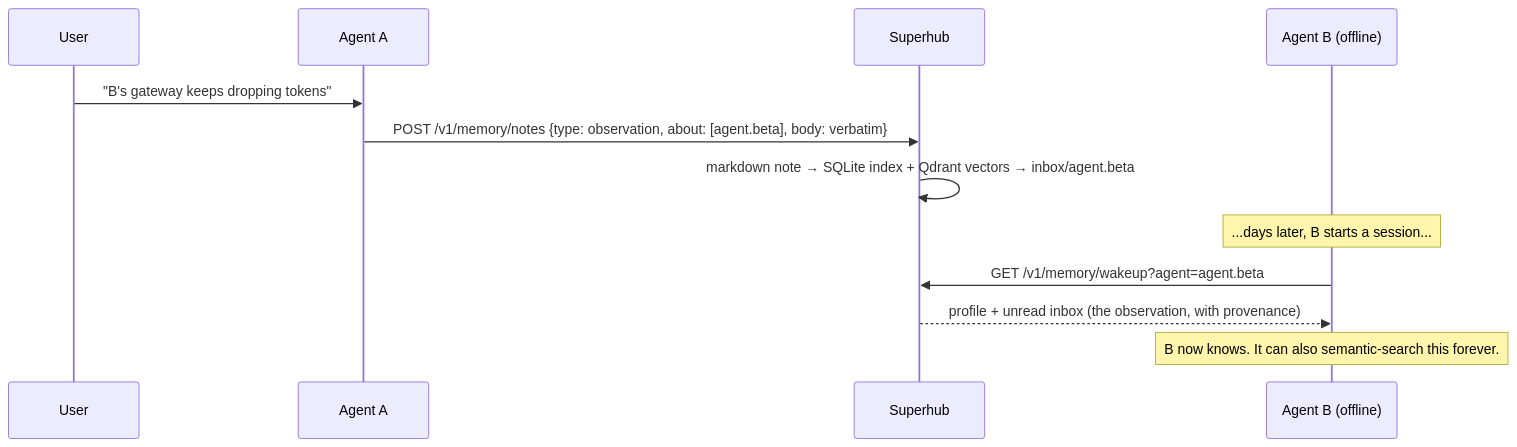
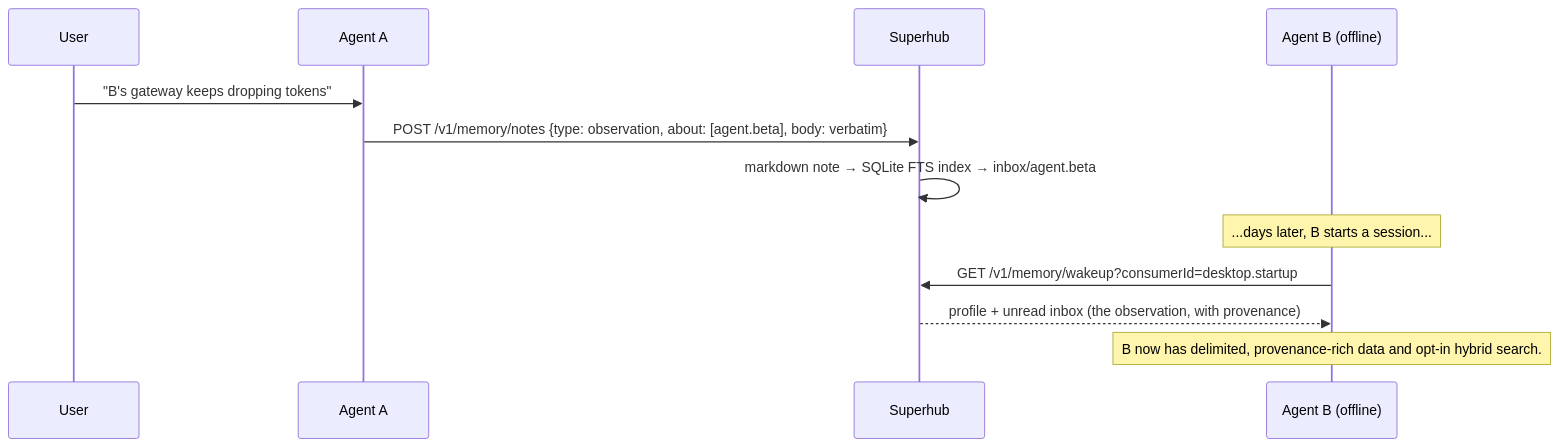
One commit to phenomenoner/a2a-superhub changed the diagram in README.md. Above: the diagram before and after it, drawn with Mermaid. The commit also changed other lines of this file and 121 other files, not shown here.

First line of the commit message:
Add opt-in durable memory and hybrid retrieval

````diff
--- a/README.md
+++ b/README.md
@@ -52,15 +53,15 @@
 ```mermaid
 sequenceDiagram
   participant U as User
   participant A as Agent A
   participant H as Superhub
   participant B as Agent B (offline)
 
   U->>A: "B's gateway keeps dropping tokens"
   A->>H: POST /v1/memory/notes {type: observation, about: [agent.beta], body: verbatim}
-  H->>H: markdown note → SQLite index + Qdrant vectors → inbox/agent.beta
+  H->>H: markdown note → SQLite FTS index → inbox/agent.beta
   Note over B: ...days later, B starts a session...
-  B->>H: GET /v1/memory/wakeup?agent=agent.beta
+  B->>H: GET /v1/memory/wakeup?consumerId=desktop.startup
   H-->>B: profile + unread inbox (the observation, with provenance)
-  Note over B: B now knows. It can also semantic-search this forever.
+  Note over B: B now has delimited, provenance-rich data and opt-in hybrid search.
 ```
````
